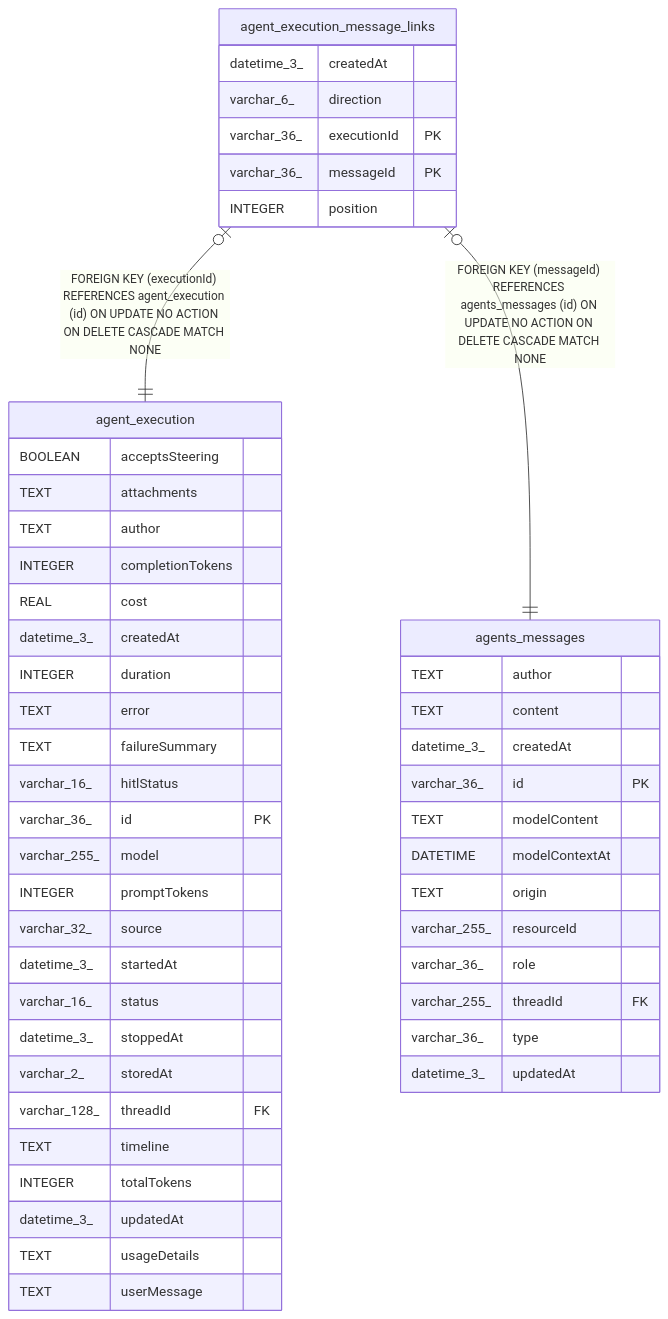
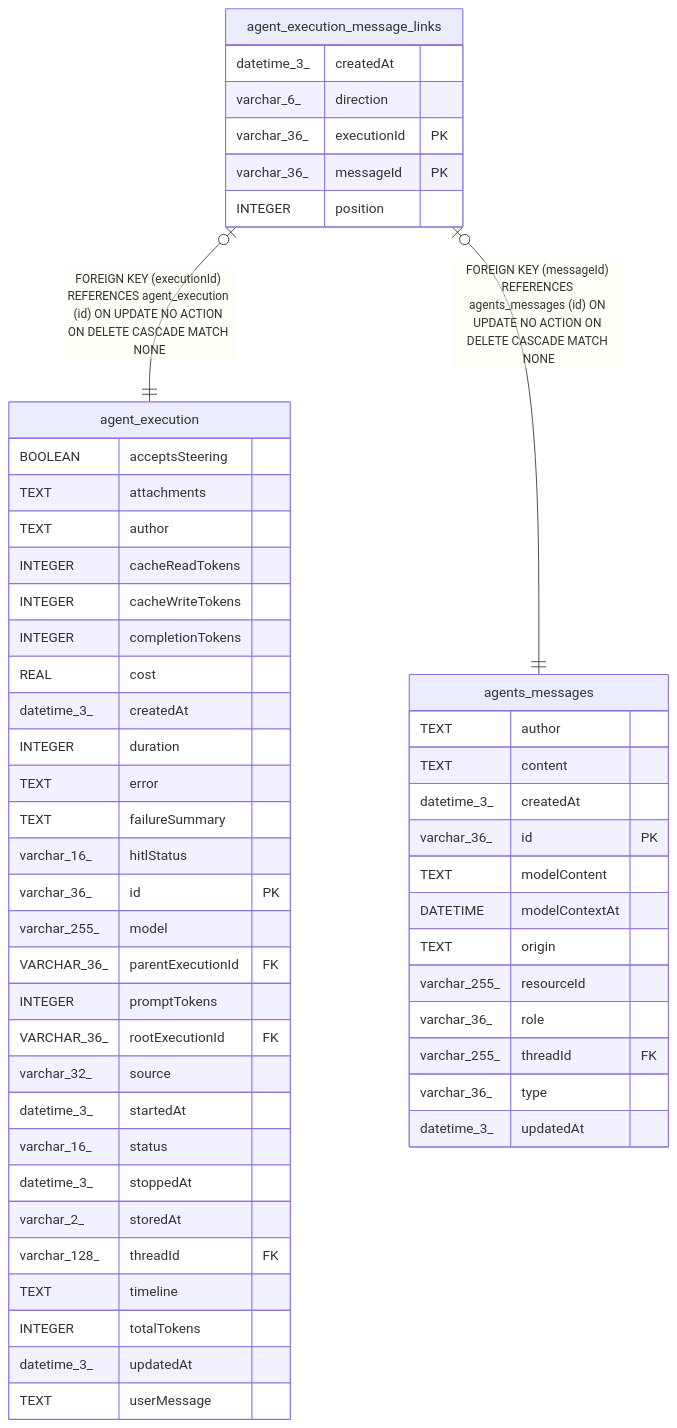
One commit to Bortlesboat/n8n changed the diagram in docs/generated/sqlite-schema/agent_execution_message_links.md. Above: the diagram before and after it, drawn with Mermaid. The commit also changed 34 other files, not shown here.

First line of the commit message:
feat(core): Link delegated Agents executions and store cache tokens in columns (no-changelog)

````diff
--- a/docs/generated/sqlite-schema/agent_execution_message_links.md
+++ b/docs/generated/sqlite-schema/agent_execution_message_links.md
@@ -45,54 +45,57 @@
 ```mermaid
 erDiagram
 
 "agent_execution_message_links" |o--|| "agent_execution" : "FOREIGN KEY (executionId) REFERENCES agent_execution (id) ON UPDATE NO ACTION ON DELETE CASCADE MATCH NONE"
 "agent_execution_message_links" |o--|| "agents_messages" : "FOREIGN KEY (messageId) REFERENCES agents_messages (id) ON UPDATE NO ACTION ON DELETE CASCADE MATCH NONE"
 
 "agent_execution_message_links" {
   datetime_3_ createdAt
   varchar_6_ direction
   varchar_36_ executionId PK
   varchar_36_ messageId PK
   INTEGER position
 }
 "agent_execution" {
   BOOLEAN acceptsSteering
   TEXT attachments
   TEXT author
+  INTEGER cacheReadTokens
+  INTEGER cacheWriteTokens
   INTEGER completionTokens
   REAL cost
   datetime_3_ createdAt
   INTEGER duration
   TEXT error
   TEXT failureSummary
   varchar_16_ hitlStatus
   varchar_36_ id PK
   varchar_255_ model
+  VARCHAR_36_ parentExecutionId FK
   INTEGER promptTokens
+  VARCHAR_36_ rootExecutionId FK
   varchar_32_ source
   datetime_3_ startedAt
   varchar_16_ status
   datetime_3_ stoppedAt
   varchar_2_ storedAt
   varchar_128_ threadId FK
   TEXT timeline
   INTEGER totalTokens
   datetime_3_ updatedAt
-  TEXT usageDetails
   TEXT userMessage
 }
 "agents_messages" {
   TEXT author
   TEXT content
   datetime_3_ createdAt
   varchar_36_ id PK
   TEXT modelContent
   DATETIME modelContextAt
   TEXT origin
   varchar_255_ resourceId
   varchar_36_ role
   varchar_255_ threadId FK
   varchar_36_ type
   datetime_3_ updatedAt
 }
 ```
````
